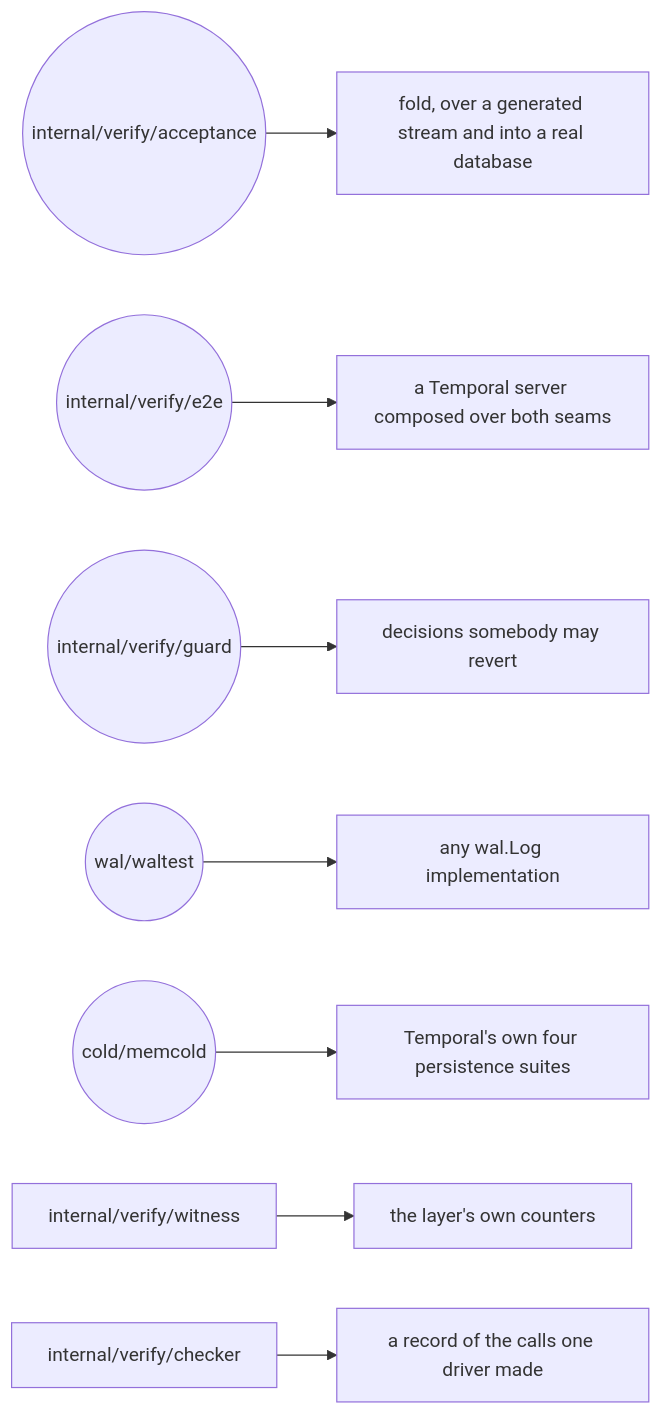
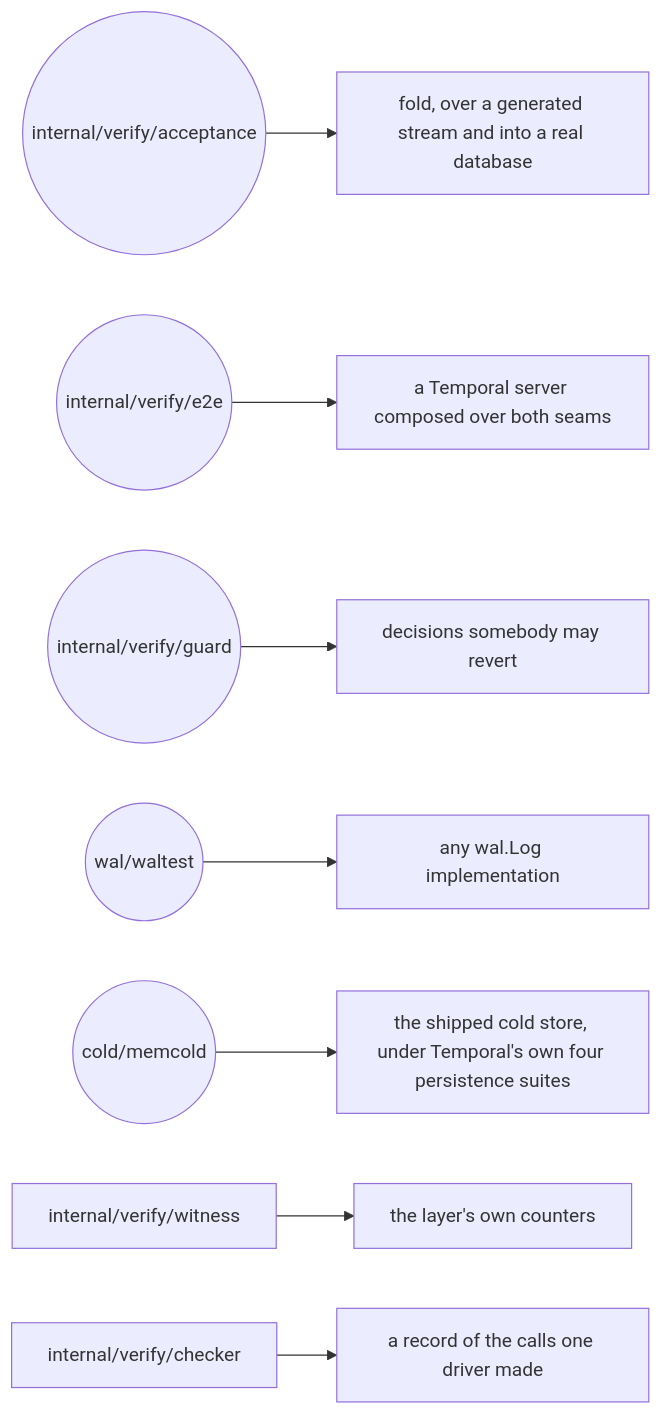
One commit to aromanovich/waltz changed the second of 2 diagrams in docs/handbook/11-verification.md. Above: the diagram before and after it, drawn with Mermaid. The commit also changed other lines of this file and 29 other files, not shown here.

````diff
--- a/docs/handbook/11-verification.md
+++ b/docs/handbook/11-verification.md
@@ -783,10 +783,10 @@
 ```mermaid
 graph LR
   A(("internal/verify/acceptance")) --> F["fold, over a generated stream and into a real database"]
   E(("internal/verify/e2e")) --> S["a Temporal server composed over both seams"]
   G(("internal/verify/guard")) --> D["decisions somebody may revert"]
   W(("wal/waltest")) --> L["any wal.Log implementation"]
-  MC(("cold/memcold")) --> T["Temporal's own four persistence suites"]
+  MC(("cold/memcold")) --> T["the shipped cold store, under Temporal's own four persistence suites"]
   WI["internal/verify/witness"] --> C["the layer's own counters"]
   CH["internal/verify/checker"] --> R["a record of the calls one driver made"]
 ```
````
